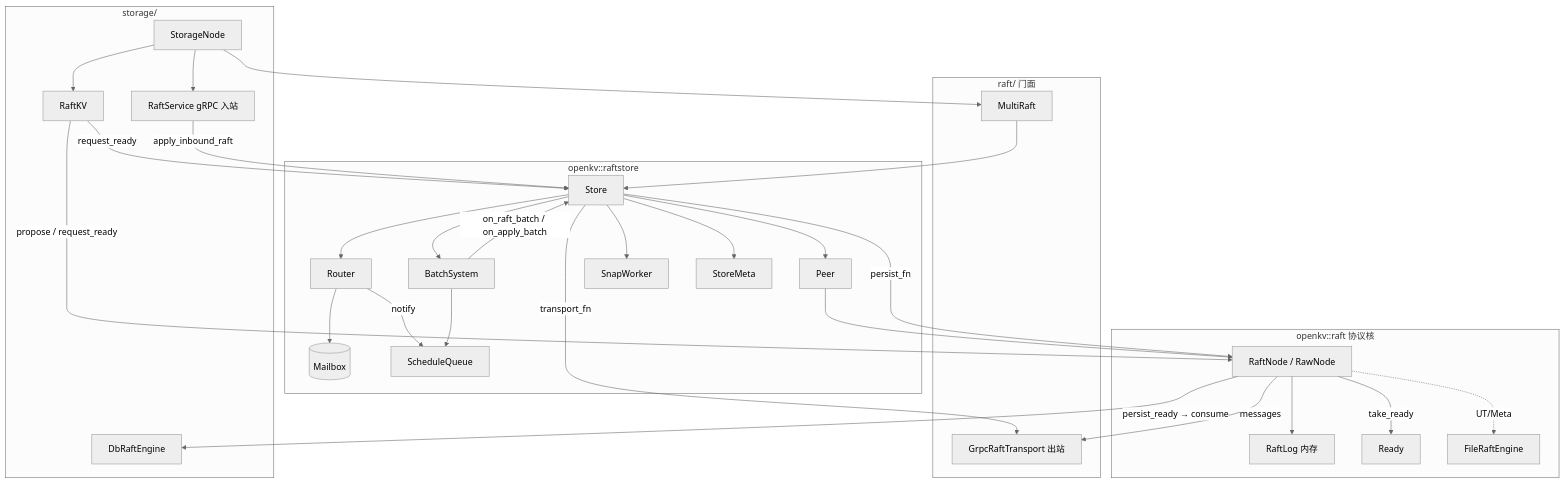
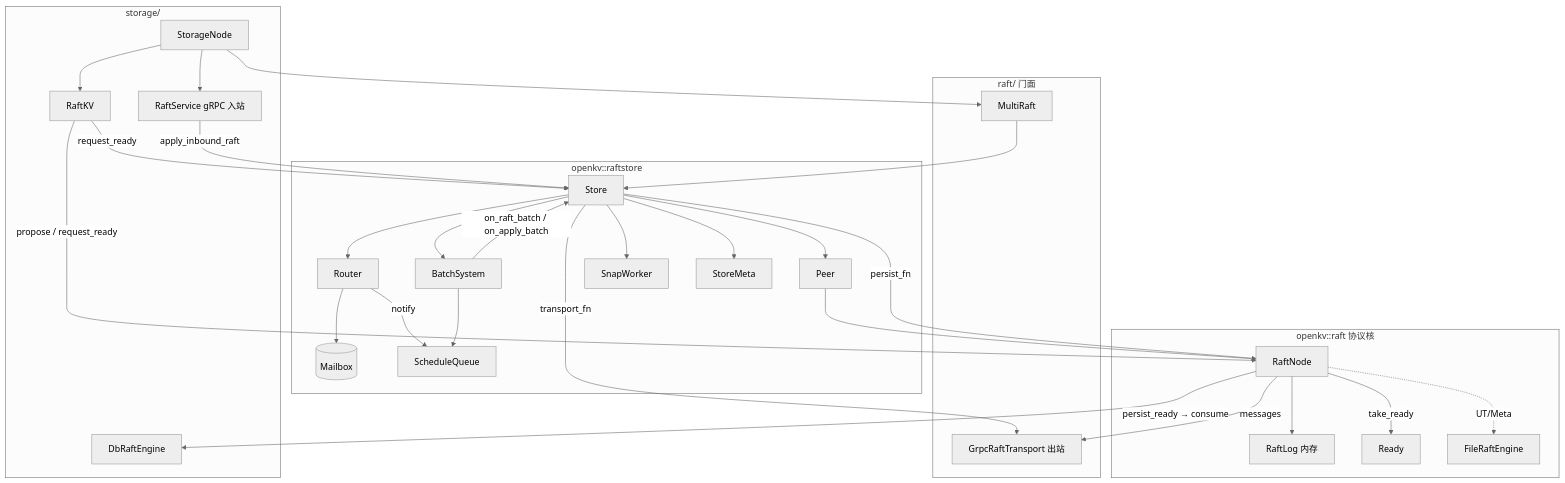
Before and after one commit to devotionalist/openkv: the first of 5 diagrams in docs/flows/35-raft-module-call-flows.md, drawn with Mermaid (neutral theme). The commit also changed other lines of this file and 43 other files, not shown here.

First line of the commit message:
Split RaftNode into collaborators and drop unused RawNode/legacy persist.

````diff
--- a/docs/flows/35-raft-module-call-flows.md
+++ b/docs/flows/35-raft-module-call-flows.md
@@ -17,59 +17,59 @@
 ```mermaid
 flowchart TB
   subgraph storage_layer["storage/"]
     SN[StorageNode]
     RKV[RaftKV]
     RRE[DbRaftEngine]
     RS[RaftService gRPC 入站]
   end
 
   subgraph raft_facade["raft/ 门面"]
     MR[MultiRaft]
     GT[GrpcRaftTransport 出站]
   end
 
   subgraph raftstore["openkv::raftstore"]
     ST[Store]
     RT[Router]
     MB[(Mailbox)]
     SQ[ScheduleQueue]
     BS[BatchSystem]
     PE[Peer]
     SW[SnapWorker]
     SM[StoreMeta]
   end
 
   subgraph protocol["openkv::raft 协议核"]
-    RN[RaftNode / RawNode]
+    RN[RaftNode]
     RL[RaftLog 内存]
     RD[Ready]
     FE[FileRaftEngine]
   end
 
   SN --> MR
   SN --> RKV
   SN --> RS
   MR --> ST
   RKV -->|propose / request_ready| RN
   RKV -->|request_ready| ST
   RS -->|apply_inbound_raft| ST
 
   ST --> RT
   ST --> BS
   ST --> PE
   ST --> SW
   ST --> SM
   RT --> MB
   RT -->|notify| SQ
   BS --> SQ
   BS -->|on_raft_batch / on_apply_batch| ST
   PE --> RN
 
   RN --> RL
   RN -->|take_ready| RD
   ST -->|persist_fn| RN
   RN -->|persist_ready → consume| RRE
   RN -.->|UT/Meta| FE
   ST -->|transport_fn| GT
   RN -->|messages| GT
 ```
````
